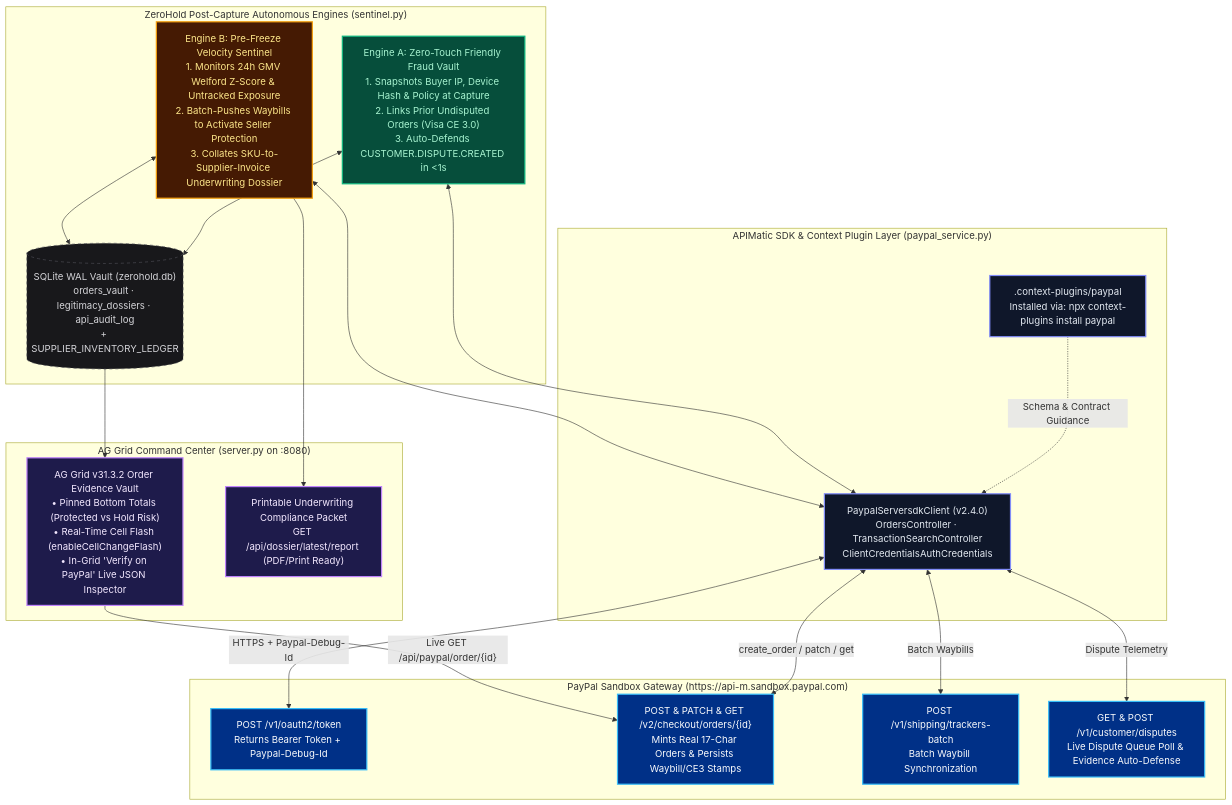
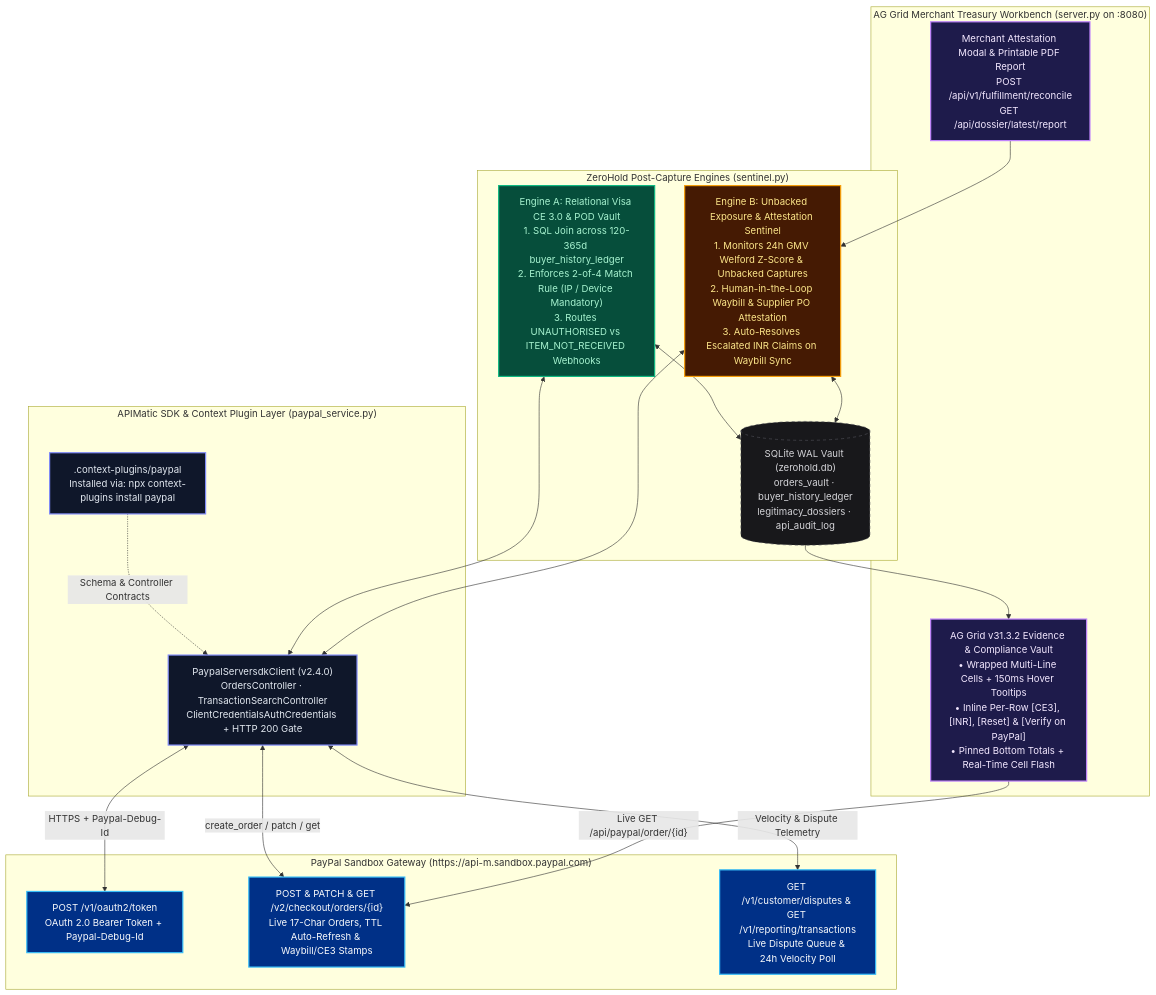
The first of 2 diagrams in README.md (ErrCee/merchant-aegis), drawn with Mermaid before and after one commit. The commit also changed other lines of this file and 4 other files, not shown here.

````diff
--- a/README.md
+++ b/README.md
@@ -28,47 +29,45 @@
 ```mermaid
 flowchart TD
     classDef paypal fill:#003087,stroke:#38bdf8,stroke-width:2px,color:#f8fafc
     classDef apimatic fill:#0f172a,stroke:#818cf8,stroke-width:2px,color:#e2e8f0
     classDef engineA fill:#064e3b,stroke:#10b981,stroke-width:2px,color:#a7f3d0
     classDef engineB fill:#451a03,stroke:#f59e0b,stroke-width:2px,color:#fde68a
     classDef ui fill:#1e1b4b,stroke:#c084fc,stroke-width:2px,color:#f3e8ff
     classDef db fill:#18181b,stroke:#52525b,stroke-dasharray: 5 5,color:#d4d4d8
 
     subgraph SANDBOX["PayPal Sandbox Gateway (https://api-m.sandbox.paypal.com)"]
-        PP_AUTH["POST /v1/oauth2/token<br/>Returns Bearer Token + Paypal-Debug-Id"]:::paypal
-        PP_ORD["POST & PATCH & GET /v2/checkout/orders/{id}<br/>Mints Real 17-Char Orders & Persists Waybill/CE3 Stamps"]:::paypal
-        PP_TRK["POST /v1/shipping/trackers-batch<br/>Batch Waybill Synchronization"]:::paypal
-        PP_DSP["GET & POST /v1/customer/disputes<br/>Live Dispute Queue Poll & Evidence Auto-Defense"]:::paypal
+        PP_AUTH["POST /v1/oauth2/token<br/>OAuth 2.0 Bearer Token + Paypal-Debug-Id"]:::paypal
+        PP_ORD["POST & PATCH & GET /v2/checkout/orders/{id}<br/>Live 17-Char Orders, TTL Auto-Refresh & Waybill/CE3 Stamps"]:::paypal
+        PP_DSP["GET /v1/customer/disputes & GET /v1/reporting/transactions<br/>Live Dispute Queue & 24h Velocity Poll"]:::paypal
     end
 
     subgraph SDK_LAYER["APIMatic SDK & Context Plugin Layer (paypal_service.py)"]
         CTX[".context-plugins/paypal<br/>Installed via: npx context-plugins install paypal"]:::apimatic
-        SDK["PaypalServersdkClient (v2.4.0)<br/>OrdersController · TransactionSearchController<br/>ClientCredentialsAuthCredentials"]:::apimatic
+        SDK["PaypalServersdkClient (v2.4.0)<br/>OrdersController · TransactionSearchController<br/>ClientCredentialsAuthCredentials + HTTP 200 Gate"]:::apimatic
     end
 
-    subgraph CORE["ZeroHold Post-Capture Autonomous Engines (sentinel.py)"]
-        EA["Engine A: Zero-Touch Friendly Fraud Vault<br/>1. Snapshots Buyer IP, Device Hash & Policy at Capture<br/>2. Links Prior Undisputed Orders (Visa CE 3.0)<br/>3. Auto-Defends CUSTOMER.DISPUTE.CREATED in <1s"]:::engineA
-        EB["Engine B: Pre-Freeze Velocity Sentinel<br/>1. Monitors 24h GMV Welford Z-Score & Untracked Exposure<br/>2. Batch-Pushes Waybills to Activate Seller Protection<br/>3. Collates SKU-to-Supplier-Invoice Underwriting Dossier"]:::engineB
-        LEDGER[("SQLite WAL Vault (zerohold.db)<br/>orders_vault · legitimacy_dossiers · api_audit_log<br/>+ SUPPLIER_INVENTORY_LEDGER")]:::db
+    subgraph CORE["ZeroHold Post-Capture Engines (sentinel.py)"]
+        EA["Engine A: Relational Visa CE 3.0 & POD Vault<br/>1. SQL Join across 120-365d buyer_history_ledger<br/>2. Enforces 2-of-4 Match Rule (IP / Device Mandatory)<br/>3. Routes UNAUTHORISED vs ITEM_NOT_RECEIVED Webhooks"]:::engineA
+        EB["Engine B: Unbacked Exposure & Attestation Sentinel<br/>1. Monitors 24h GMV Welford Z-Score & Unbacked Captures<br/>2. Human-in-the-Loop Waybill & Supplier PO Attestation<br/>3. Auto-Resolves Escalated INR Claims on Waybill Sync"]:::engineB
+        LEDGER[("SQLite WAL Vault (zerohold.db)<br/>orders_vault · buyer_history_ledger<br/>legitimacy_dossiers · api_audit_log")]:::db
     end
 
-    subgraph FRONTEND["AG Grid Command Center (server.py on :8080)"]
-        GRID["AG Grid v31.3.2 Order Evidence Vault<br/>• Pinned Bottom Totals (Protected vs Hold Risk)<br/>• Real-Time Cell Flash (enableCellChangeFlash)<br/>• In-Grid 'Verify on PayPal' Live JSON Inspector"]:::ui
-        REPORT["Printable Underwriting Compliance Packet<br/>GET /api/dossier/latest/report (PDF/Print Ready)"]:::ui
+    subgraph FRONTEND["AG Grid Merchant Treasury Workbench (server.py on :8080)"]
+        GRID["AG Grid v31.3.2 Evidence & Compliance Vault<br/>• Wrapped Multi-Line Cells + 150ms Hover Tooltips<br/>• Inline Per-Row [CE3], [INR], [Reset] & [Verify on PayPal]<br/>• Pinned Bottom Totals + Real-Time Cell Flash"]:::ui
+        MODAL["Merchant Attestation Modal & Printable PDF Report<br/>POST /api/v1/fulfillment/reconcile<br/>GET /api/dossier/latest/report"]:::ui
     end
 
-    CTX -.->|"Schema & Contract Guidance"| SDK
+    CTX -.->|"Schema & Controller Contracts"| SDK
     SDK <-->|"HTTPS + Paypal-Debug-Id"| PP_AUTH
     SDK <-->|"create_order / patch / get"| PP_ORD
-    SDK <-->|"Batch Waybills"| PP_TRK
-    SDK <-->|"Dispute Telemetry"| PP_DSP
+    SDK <-->|"Velocity & Dispute Telemetry"| PP_DSP
 
     EA <--> SDK
     EB <--> SDK
     EA <--> LEDGER
     EB <--> LEDGER
 
     LEDGER --> GRID
-    EB --> REPORT
+    MODAL --> EB
     GRID -->|"Live GET /api/paypal/order/{id}"| PP_ORD
 ```
````
